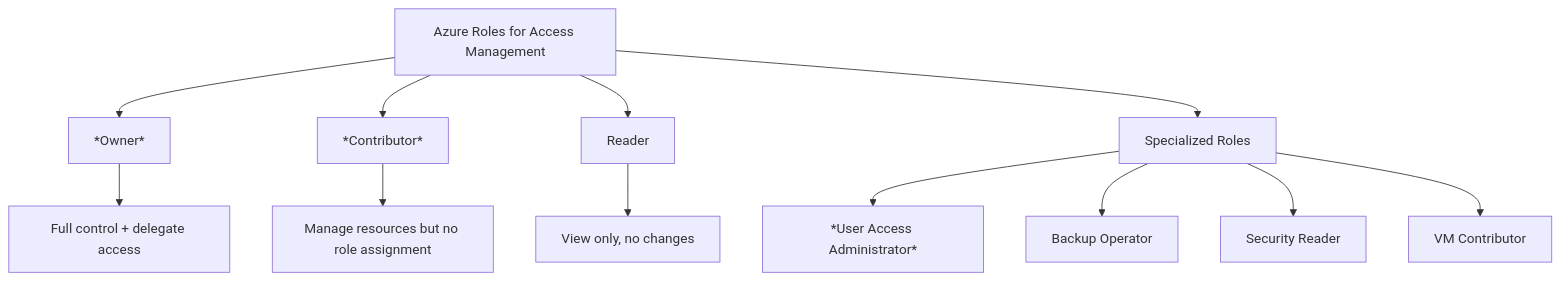
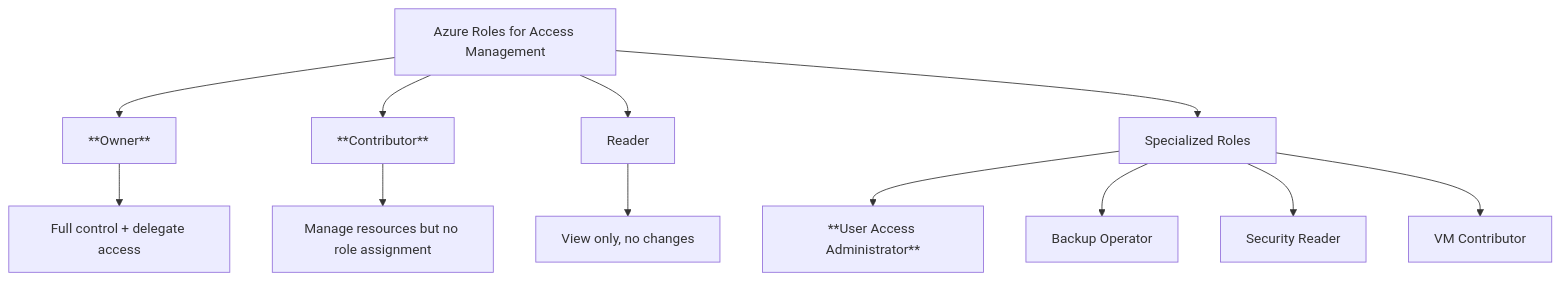
The fifth of 5 diagrams in study/1_Manage_Azure_identities_and_governance.md (sandtiger76/az-104-study-journey), drawn with Mermaid before and after one commit.

Commit message:
Updated AZ Documentation

````diff
--- a/study/1_Manage_Azure_identities_and_governance.md
+++ b/study/1_Manage_Azure_identities_and_governance.md
@@ -174,17 +174,17 @@
 ```mermaid
 flowchart TD
-    A[Azure Roles for Access Management] --> B[*Owner*]
-    A --> C[*Contributor*]
+    A[Azure Roles for Access Management] --> B[**Owner**]
+    A --> C[**Contributor**]
     A --> D[Reader]
     A --> E[Specialized Roles]
 
     B --> B1[Full control + delegate access]
     C --> C1[Manage resources but no role assignment]
     D --> D1[View only, no changes]
 
-    E --> E1[*User Access Administrator*]
+    E --> E1[**User Access Administrator**]
     E --> E2[Backup Operator]
     E --> E3[Security Reader]
     E --> E4[VM Contributor]
 
 ```
````
